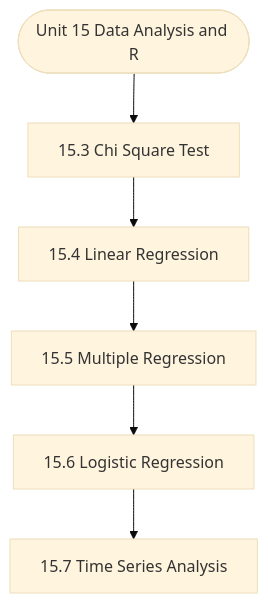
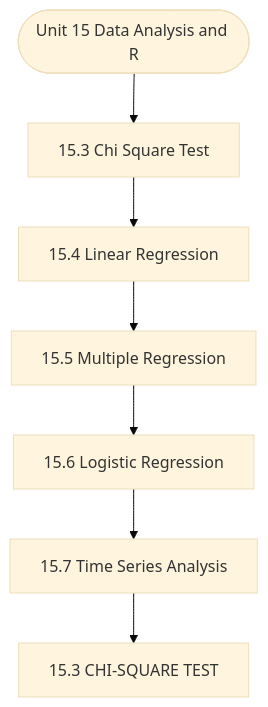
Before and after one commit to Asutosh-Coaching/mscdsa: the diagram in notes/Semester_2/MCS-068_Predictive_Data_Analysis/unit_15_Data_Analysis_and_R.md, drawn with Mermaid (base theme). The commit also changed other lines of this file and 116 other files, not shown here.

````diff
--- a/notes/Semester_2/MCS-068_Predictive_Data_Analysis/unit_15_Data_Analysis_and_R.md
+++ b/notes/Semester_2/MCS-068_Predictive_Data_Analysis/unit_15_Data_Analysis_and_R.md
@@ -19,14 +19,16 @@
 ```mermaid
 flowchart TD
   Start(["Unit 15 Data Analysis and R"])
   N1["15.3 Chi Square Test"]
   N2["15.4 Linear Regression"]
   N3["15.5 Multiple Regression"]
   N4["15.6 Logistic Regression"]
   N5["15.7 Time Series Analysis"]
+  N6["15.3 CHI-SQUARE TEST"]
   Start --> N1
   N1 --> N2
   N2 --> N3
   N3 --> N4
   N4 --> N5
+  N5 --> N6
 ```
````
